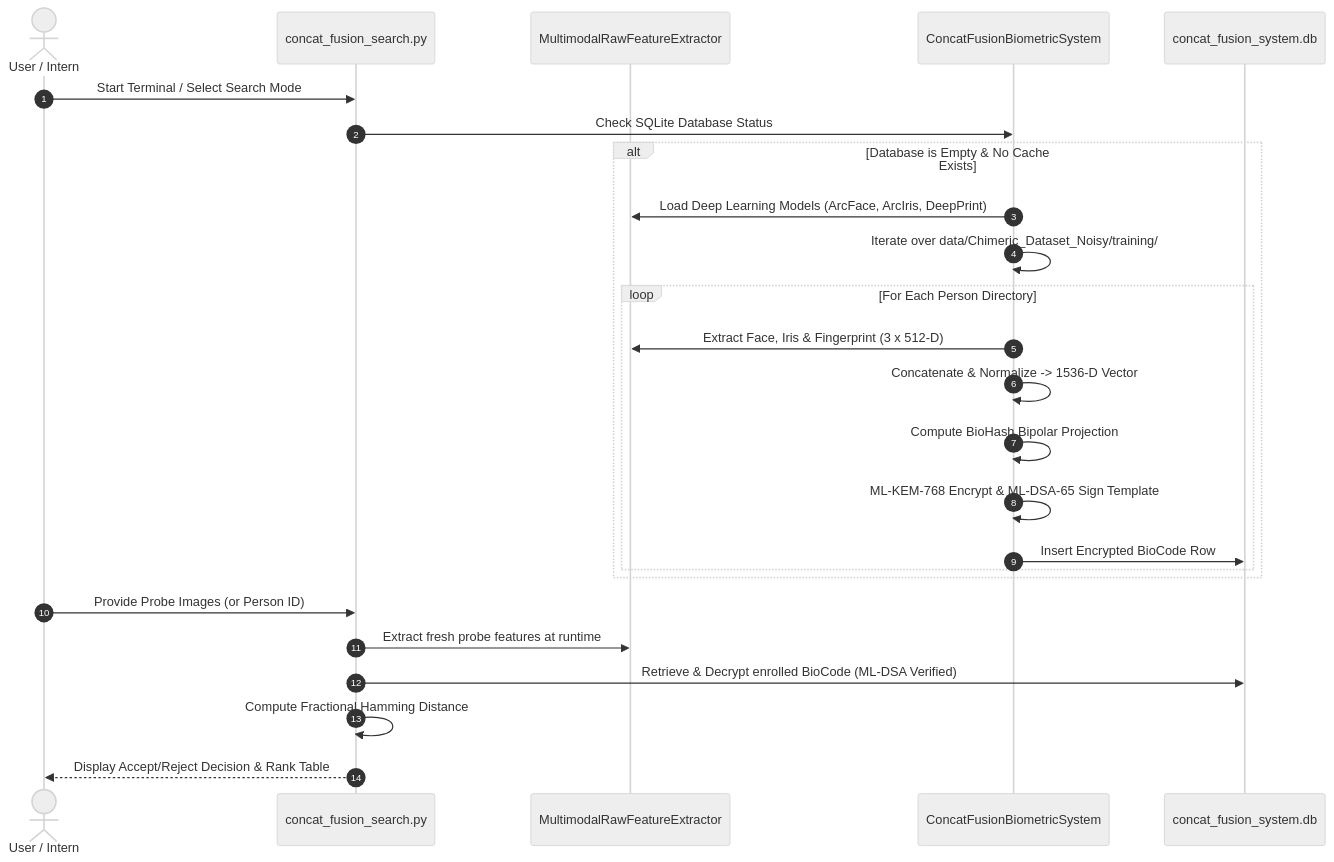
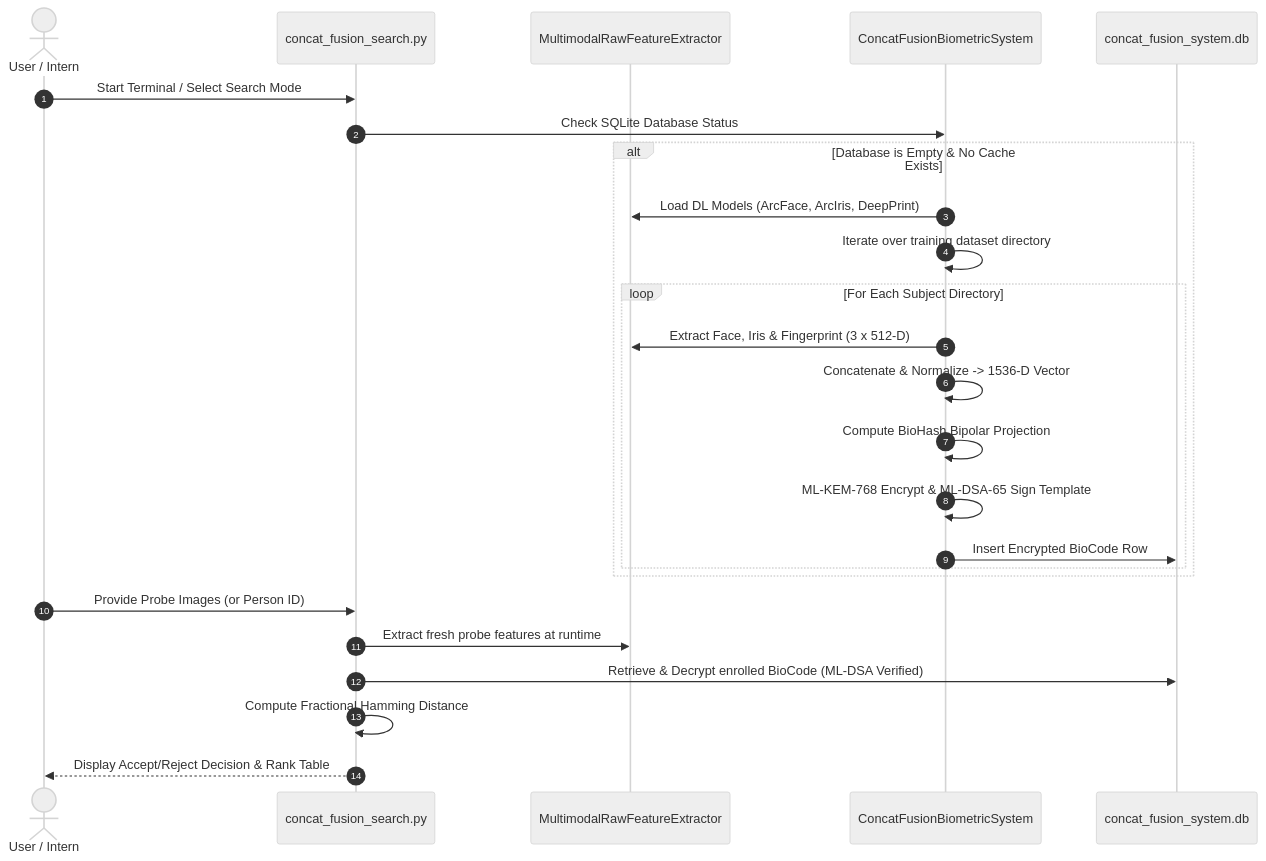
One commit to adityasen23453-droid/Concat-Fusion changed the second of 2 diagrams in system_working.md. Above: the diagram before and after it, drawn with Mermaid (neutral theme). The commit also changed other lines of this file and 1 other file, not shown here.

Commit message:
Add comprehensive system_working.md and README.md documentation

````diff
--- a/system_working.md
+++ b/system_working.md
@@ -66,29 +187,29 @@
 ```mermaid
 sequenceDiagram
     autonumber
     actor Terminal as User / Intern
     participant CLI as concat_fusion_search.py
     participant Extractor as MultimodalRawFeatureExtractor
     participant System as ConcatFusionBiometricSystem
     participant Database as concat_fusion_system.db
 
     Terminal->>CLI: Start Terminal / Select Search Mode
     CLI->>System: Check SQLite Database Status
     alt Database is Empty & No Cache Exists
-        System->>Extractor: Load Deep Learning Models (ArcFace, ArcIris, DeepPrint)
-        System->>System: Iterate over data/Chimeric_Dataset_Noisy/training/
-        loop For Each Person Directory
+        System->>Extractor: Load DL Models (ArcFace, ArcIris, DeepPrint)
+        System->>System: Iterate over training dataset directory
+        loop For Each Subject Directory
             System->>Extractor: Extract Face, Iris & Fingerprint (3 x 512-D)
             System->>System: Concatenate & Normalize -> 1536-D Vector
             System->>System: Compute BioHash Bipolar Projection
             System->>System: ML-KEM-768 Encrypt & ML-DSA-65 Sign Template
             System->>Database: Insert Encrypted BioCode Row
         end
     end
 
     Terminal->>CLI: Provide Probe Images (or Person ID)
     CLI->>Extractor: Extract fresh probe features at runtime
     CLI->>Database: Retrieve & Decrypt enrolled BioCode (ML-DSA Verified)
     CLI->>CLI: Compute Fractional Hamming Distance
     CLI-->>Terminal: Display Accept/Reject Decision & Rank Table
 ```
````
